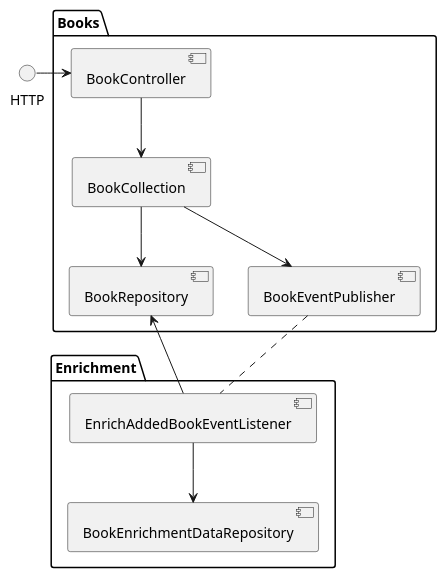
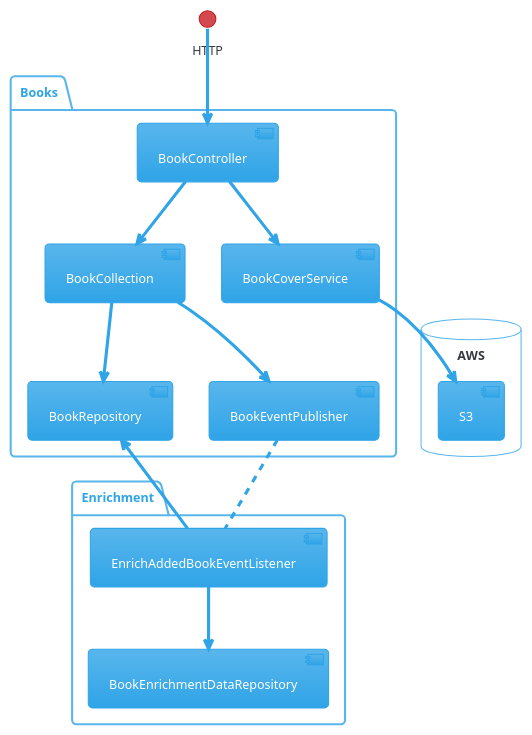
Before and after one commit to test-automation-in-practice/test-automation-basics: the diagram in spring-boot/documentation/overview.puml, drawn with PlantUML. The commit also changed 31 other files, not shown here.

```diff
--- a/spring-boot/documentation/overview.puml
+++ b/spring-boot/documentation/overview.puml
@@ -1,32 +1,38 @@
 @startuml
+!theme cerulean
 'https://plantuml.com/component-diagram
-
-'components
 
 ()HTTP
 
 package "Books" {
 	[BookController]
 	[BookCollection]
+	[BookCoverService]
 	[BookRepository]
 	[BookEventPublisher]
+}
+
+database "AWS" {
+    [S3]
 }
 
 package "Enrichment" {
 	[EnrichAddedBookEventListener]
 	[BookEnrichmentDataRepository]
 }
 
 'relationships
-HTTP -> [BookController]
+HTTP -d-> [BookController]
 
 [BookController] --> [BookCollection]
+[BookController] --> [BookCoverService]
 [BookCollection] --> [BookRepository]
 [BookCollection] --> [BookEventPublisher]
+[BookCoverService] --> [S3]
 
 [BookEventPublisher] .- [EnrichAddedBookEventListener]
 
 [EnrichAddedBookEventListener] --> [BookEnrichmentDataRepository]
 [EnrichAddedBookEventListener] ---> [BookRepository]
 
 @enduml
```
